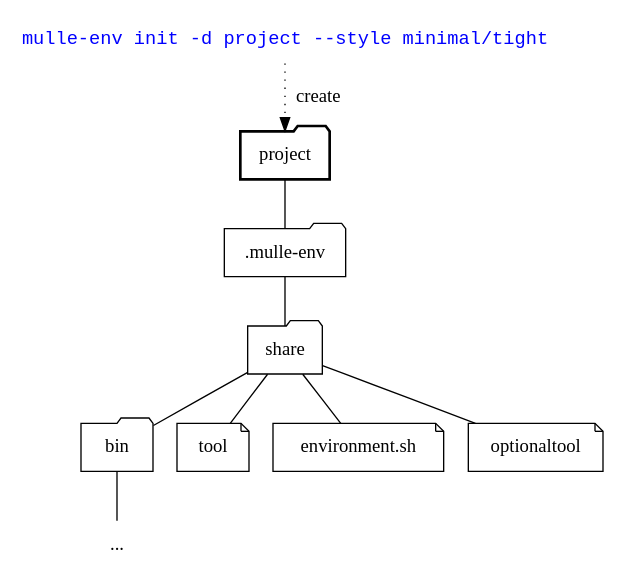
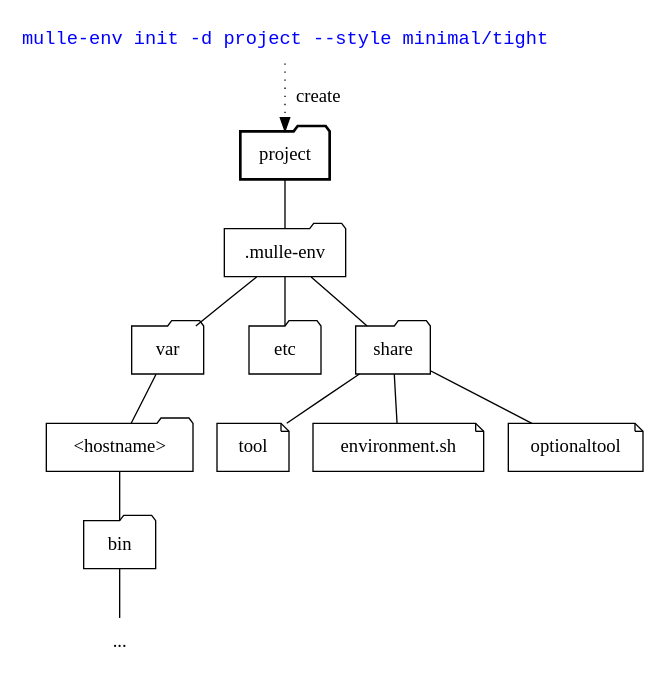
The diagram in dox/mulle-env-overview.dot (mulle-sde/mulle-env), drawn with Graphviz before and after one commit. The commit also changed 9 other files, not shown here.

Commit message:
* make mulle-env as a command available in the subshell (developer) * also expose MULLE_HOSTNAME because its used in mulle-sde so much

```diff
--- a/dox/mulle-env-overview.dot
+++ b/dox/mulle-env-overview.dot
@@ -1,29 +1,35 @@
 digraph G {
     graph [rankdir = TD];
 
     node[shape=note];
     edge[arrowhead=none];
 
         "mulle-env init" [ label="mulle-env init -d project --style minimal/tight",
                            fontname="monospace",
                            fontcolor="blue",
                            shape="none" ]
 
         "mulle-env init" -> "project" [ arrowhead="", style="dotted", label=" create"]
          "project"     [ shape="folder", penwidth="2" ]
         ".mulle-env"   [ shape="folder" ]
+        "var"          [ shape="folder" ]
+        "<hostname>"   [ shape="folder" ]
+        "etc"          [ shape="folder" ]
         "share"        [ shape="folder" ]
         "bin"          [ shape="folder" ]
 
         "tool"
         "environment.sh"
 
         "project"    ->  ".mulle-env"
+        ".mulle-env" ->  "var"
+        ".mulle-env" ->  "etc"
         ".mulle-env" ->  "share"
+        "var"        ->  "<hostname>"
+        "<hostname>" -> "bin"
         "share"      -> "environment.sh"
         "share"      -> "tool"
         "share"      -> "optionaltool"
-        "share"      -> "bin"
         "bin"        ->     "..."
         "..." [ shape="none"]
 }
```
